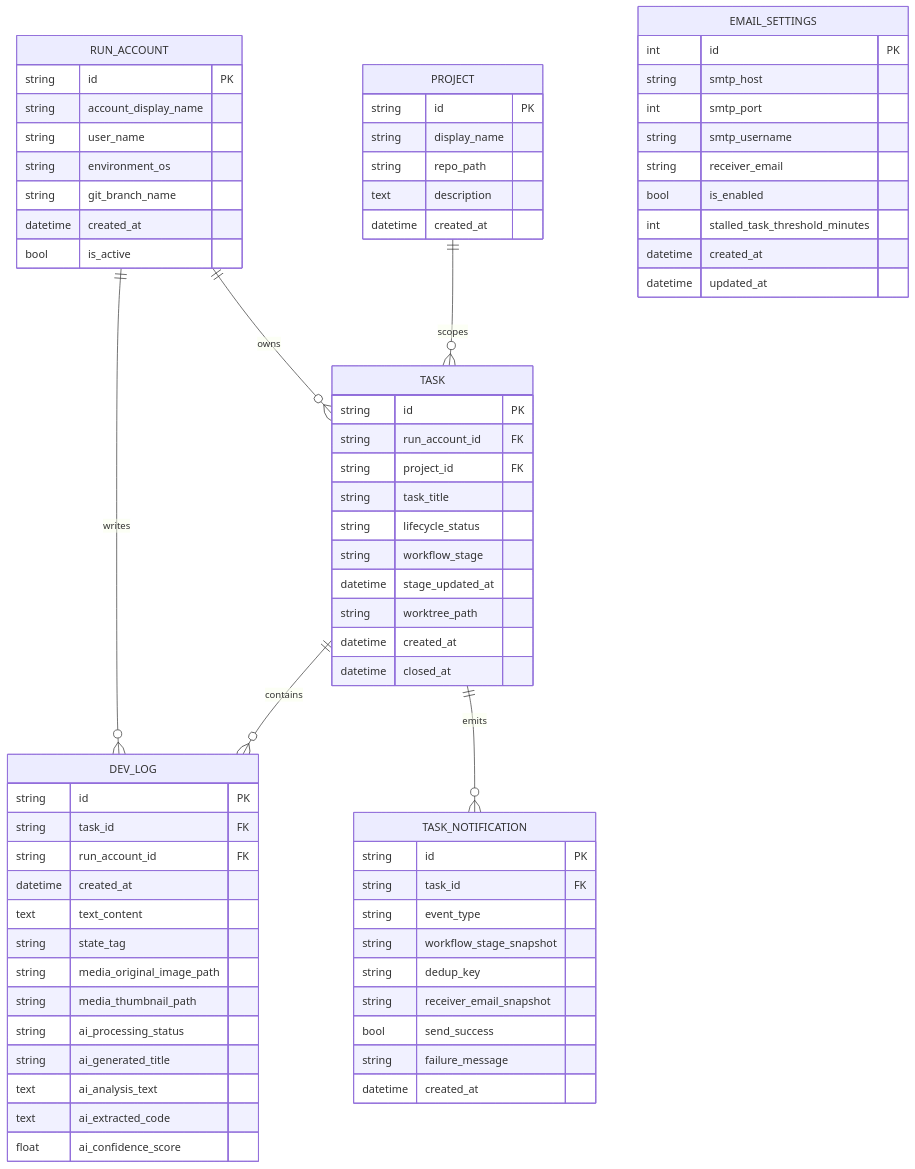
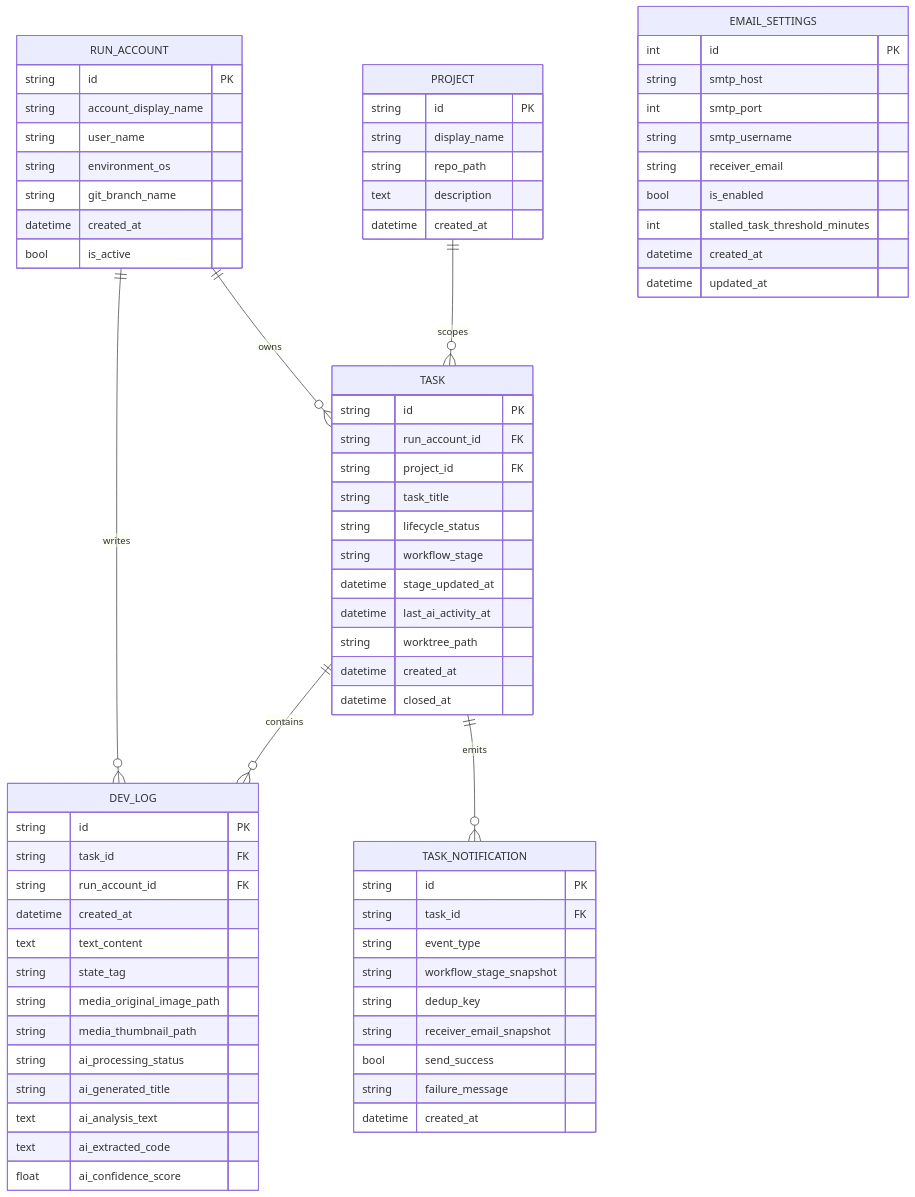
One commit to zata-zhangtao/koda changed the diagram in docs/database/schema.md. Above: the diagram before and after it, drawn with Mermaid. The commit also changed other lines of this file and 24 other files, not shown here.

````diff
--- a/docs/database/schema.md
+++ b/docs/database/schema.md
@@ -22,79 +22,80 @@
 ```mermaid
 erDiagram
     RUN_ACCOUNT ||--o{ TASK : owns
     RUN_ACCOUNT ||--o{ DEV_LOG : writes
     PROJECT ||--o{ TASK : scopes
     TASK ||--o{ DEV_LOG : contains
     TASK ||--o{ TASK_NOTIFICATION : emits
 
     RUN_ACCOUNT {
         string id PK
         string account_display_name
         string user_name
         string environment_os
         string git_branch_name
         datetime created_at
         bool is_active
     }
 
     PROJECT {
         string id PK
         string display_name
         string repo_path
         text description
         datetime created_at
     }
 
     TASK {
         string id PK
         string run_account_id FK
         string project_id FK
         string task_title
         string lifecycle_status
         string workflow_stage
         datetime stage_updated_at
+        datetime last_ai_activity_at
         string worktree_path
         datetime created_at
         datetime closed_at
     }
 
     DEV_LOG {
         string id PK
         string task_id FK
         string run_account_id FK
         datetime created_at
         text text_content
         string state_tag
         string media_original_image_path
         string media_thumbnail_path
         string ai_processing_status
         string ai_generated_title
         text ai_analysis_text
         text ai_extracted_code
         float ai_confidence_score
     }
 
     EMAIL_SETTINGS {
         int id PK
         string smtp_host
         int smtp_port
         string smtp_username
         string receiver_email
         bool is_enabled
         int stalled_task_threshold_minutes
         datetime created_at
         datetime updated_at
     }
 
     TASK_NOTIFICATION {
         string id PK
         string task_id FK
         string event_type
         string workflow_stage_snapshot
         string dedup_key
         string receiver_email_snapshot
         bool send_success
         string failure_message
         datetime created_at
     }
 ```
````
